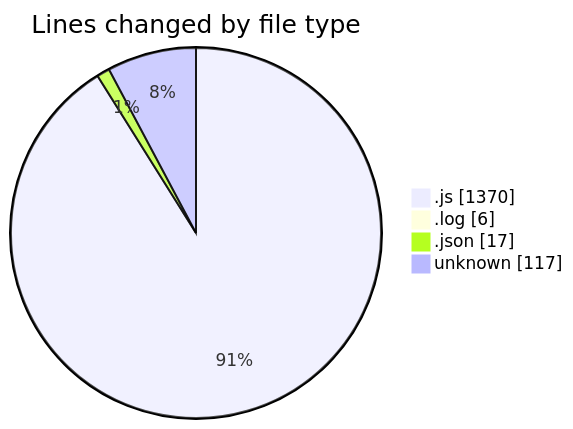
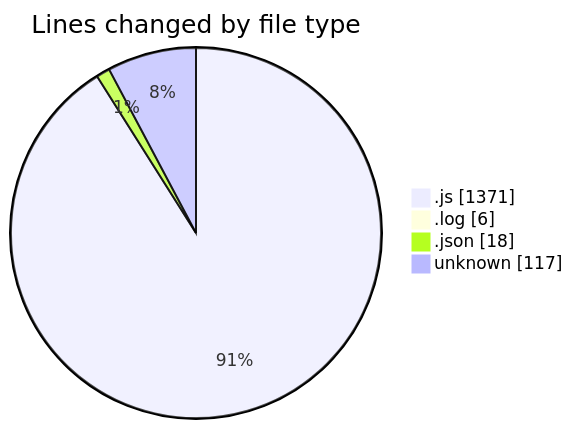
The first of 2 diagrams in 2025-03-31/jsvms/README.md (BS-eng2023/code-tracking), drawn with Mermaid before and after one commit. The commit also changed other lines of this file and 1 other file, not shown here.

````diff
--- a/2025-03-31/jsvms/README.md
+++ b/2025-03-31/jsvms/README.md
@@ -38,8 +38,8 @@
 ```mermaid
 pie showData
 title Lines changed by file type
-".js" : 1370
+".js" : 1371
 ".log" : 6
-".json" : 17
+".json" : 18
 "unknown" : 117
 ```
````
